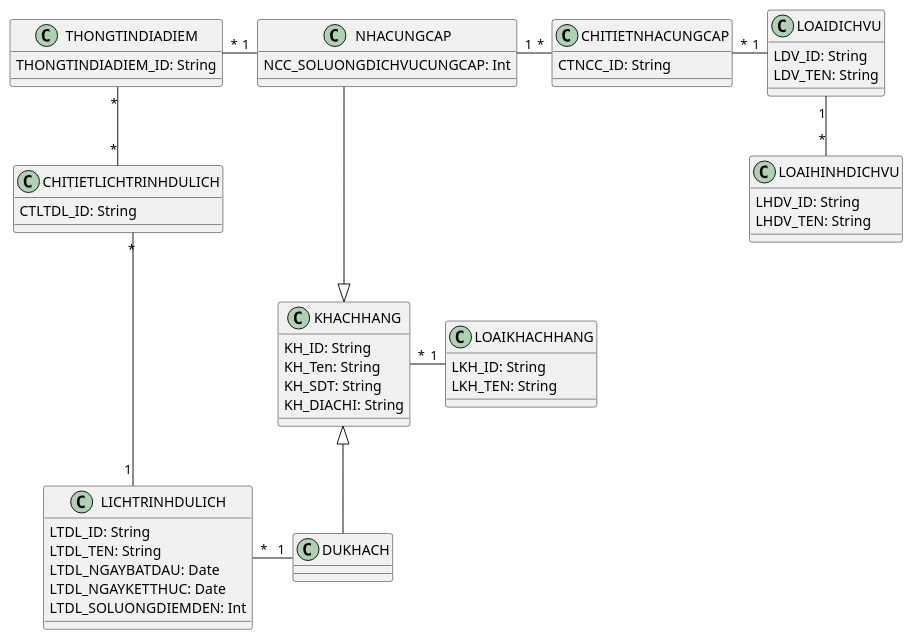
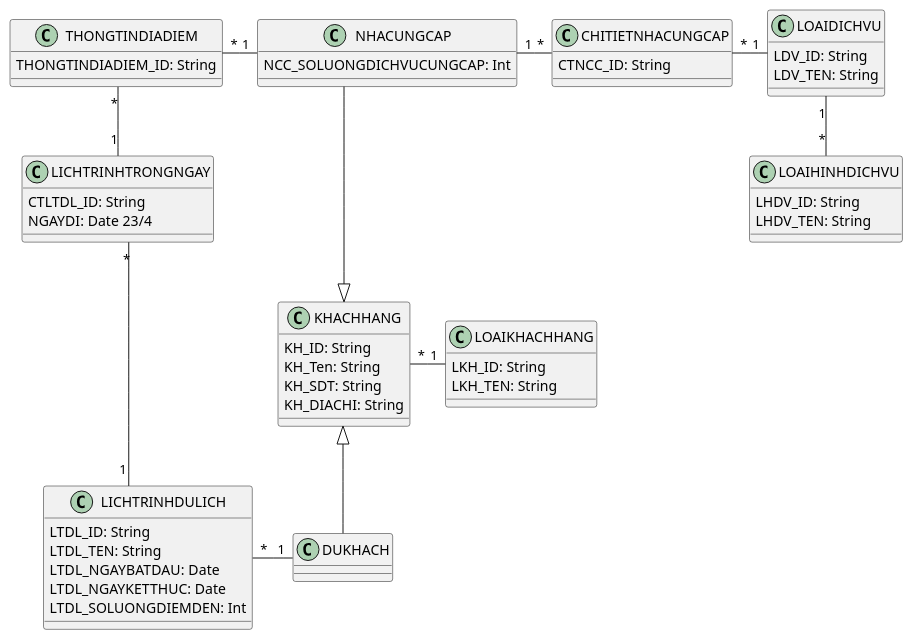
The diagram in PlanUML/Class.puml (TranTan-Dat/LV_DuLichDienTu), drawn with PlantUML before and after one commit.

Commit message:
sodoclass

```diff
--- a/PlanUML/Class.puml
+++ b/PlanUML/Class.puml
@@ -1,82 +1,90 @@
 @startuml So Do class
  skinparam linetype ortho
 ' Dịch vụ du lịch ở đây bao gồm các khu vui chơi,
 ' ăn ngủ nghỉ, dịch vụ đi lại, các dịch vụ sẽ có loại DV
 'Dịch vụ sẽ gồm có:
 '1. Phương tiện để đi lại (gồm có phương tiện đi đến nơi du lịch và phương tiện đi lại ở điểm du lịch)
 '2. Tham quan và ăn uống
 '3. chỗ ngủ
 
 
 
 class NHACUNGCAP{
   NCC_SOLUONGDICHVUCUNGCAP: Int
 }
 
 class CHITIETNHACUNGCAP{
   CTNCC_ID: String
 
 }
 
 class THONGTINDIADIEM{
   THONGTINDIADIEM_ID: String
 
 }
 
 class DUKHACH{
 
 }
 class LICHTRINHDULICH{
   LTDL_ID: String
   LTDL_TEN: String 
   LTDL_NGAYBATDAU: Date 
   LTDL_NGAYKETTHUC: Date
   LTDL_SOLUONGDIEMDEN: Int
 }
-class CHITIETLICHTRINHDULICH{
+class LICHTRINHTRONGNGAY{
  CTLTDL_ID: String
+ NGAYDI: Date 23/4
 
 }
+
+' class chitiet{
+
+' }
 
 class KHACHHANG{
   KH_ID: String
   KH_Ten: String
   KH_SDT: String
   KH_DIACHI: String
 
 }
 
 class LOAIKHACHHANG{
 
   LKH_ID: String
   LKH_TEN: String
 
 }
 
 class LOAIDICHVU{
   LDV_ID: String
   LDV_TEN: String
 }
 
 class LOAIHINHDICHVU{
   LHDV_ID: String
   LHDV_TEN: String
 }
 
 
 KHACHHANG "*"-"1" LOAIKHACHHANG
 
 NHACUNGCAP "1"-"*" CHITIETNHACUNGCAP
 CHITIETNHACUNGCAP "*"-"1" LOAIDICHVU 
 LOAIDICHVU "1"--"*" LOAIHINHDICHVU
 THONGTINDIADIEM "*"-"1" NHACUNGCAP
 
 
 LICHTRINHDULICH "*"-"1" DUKHACH
-CHITIETLICHTRINHDULICH "*"-"1" LICHTRINHDULICH
-THONGTINDIADIEM "*"--"*" CHITIETLICHTRINHDULICH
+LICHTRINHTRONGNGAY "*"-"1" LICHTRINHDULICH
+THONGTINDIADIEM "*"--"1" LICHTRINHTRONGNGAY
+
+' THONGTINDIADIEM "*"-"1" chitiet
+' chitiet "1"-"*" LICHTRINHTRONGNGAY
 
 NHACUNGCAP ---|> KHACHHANG
 KHACHHANG <|-- DUKHACH
 
 @enduml
```
